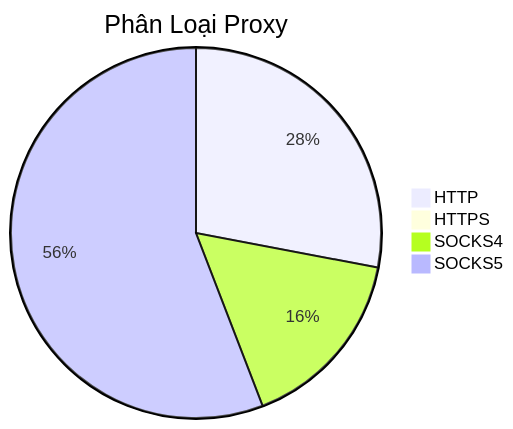
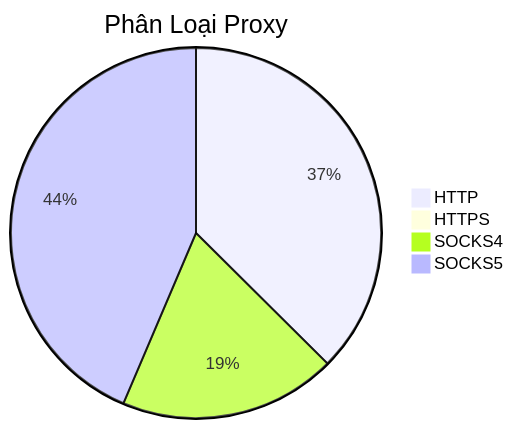
One commit to Ciara-12/PROXY-free changed the diagram in README.md. Above: the diagram before and after it, drawn with Mermaid. The commit also changed other lines of this file and 3 other files, not shown here.

````diff
--- a/README.md
+++ b/README.md
@@ -26,7 +26,7 @@
 ```mermaid
 pie title Phân Loại Proxy
-    "HTTP" : 655
+    "HTTP" : 701
     "HTTPS" : 1
-    "SOCKS4" : 378
-    "SOCKS5" : 1307
+    "SOCKS4" : 355
+    "SOCKS5" : 816
 ```
````
